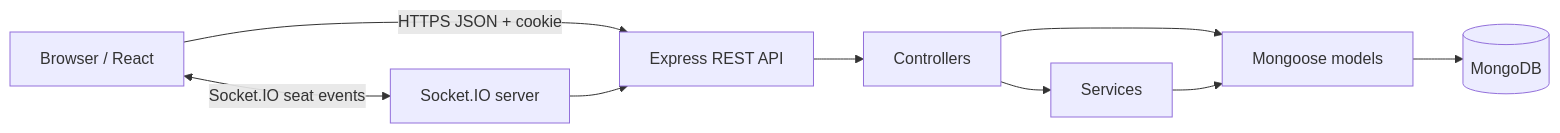
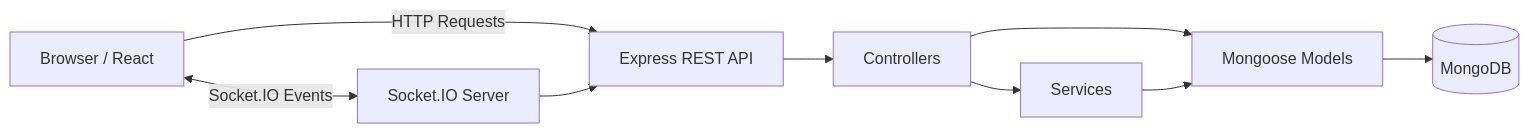
Before and after one commit to Aman-Saxena-09/imovies: the diagram in README.md, drawn with Mermaid. The commit also changed other lines of this file, not shown here.

````diff
--- a/README.md
+++ b/README.md
@@ -29,11 +39,11 @@
 ```mermaid
 flowchart LR
-  U[Browser / React] -->|HTTPS JSON + cookie| API[Express REST API]
-  U <-->|Socket.IO seat events| IO[Socket.IO server]
-  API --> C[Controllers]
-  C --> S[Services]
-  C --> M[Mongoose models]
-  S --> M
-  M --> DB[(MongoDB)]
-  IO --> API
+    U[Browser / React] -->|HTTP Requests| API[Express REST API]
+    U <-->|Socket.IO Events| IO[Socket.IO Server]
+    API --> C[Controllers]
+    C --> S[Services]
+    C --> M[Mongoose Models]
+    S --> M
+    M --> DB[(MongoDB)]
+    IO --> API
 ```
````
